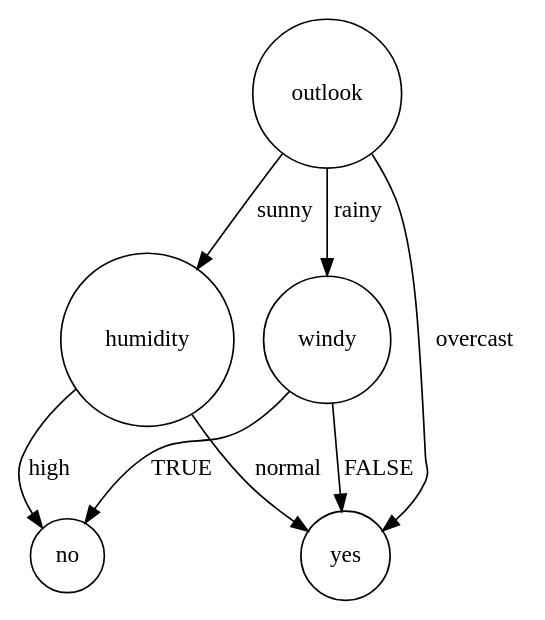
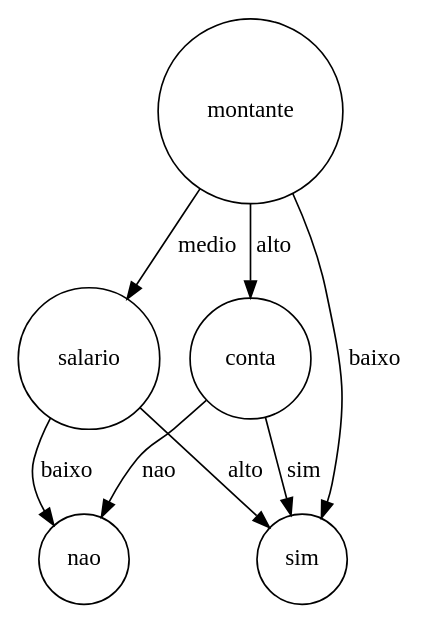
One commit to netoaraujjo/id3 changed the diagram in Digraph.gv. Above: the diagram before and after it, drawn with Graphviz. The commit also changed 15 other files, not shown here.

```diff
--- a/Digraph.gv
+++ b/Digraph.gv
@@ -1,18 +1,18 @@
 digraph {
 	node [shape=circle]
-	outlook [label=outlook]
-	humidity [label=humidity]
-	no [label=no]
-		humidity -> no [label=high]
-	yes [label=yes]
-		humidity -> yes [label=normal]
-		outlook -> humidity [label=sunny]
-	yes [label=yes]
-		outlook -> yes [label=overcast]
-	windy [label=windy]
-	no [label=no]
-		windy -> no [label=TRUE]
-	yes [label=yes]
-		windy -> yes [label=FALSE]
-		outlook -> windy [label=rainy]
+	montante [label=montante]
+	salario [label=salario]
+	nao [label=nao]
+		salario -> nao [label=baixo]
+	sim [label=sim]
+		salario -> sim [label=alto]
+		montante -> salario [label=medio]
+	sim [label=sim]
+		montante -> sim [label=baixo]
+	conta [label=conta]
+	nao [label=nao]
+		conta -> nao [label=nao]
+	sim [label=sim]
+		conta -> sim [label=sim]
+		montante -> conta [label=alto]
 }
```
